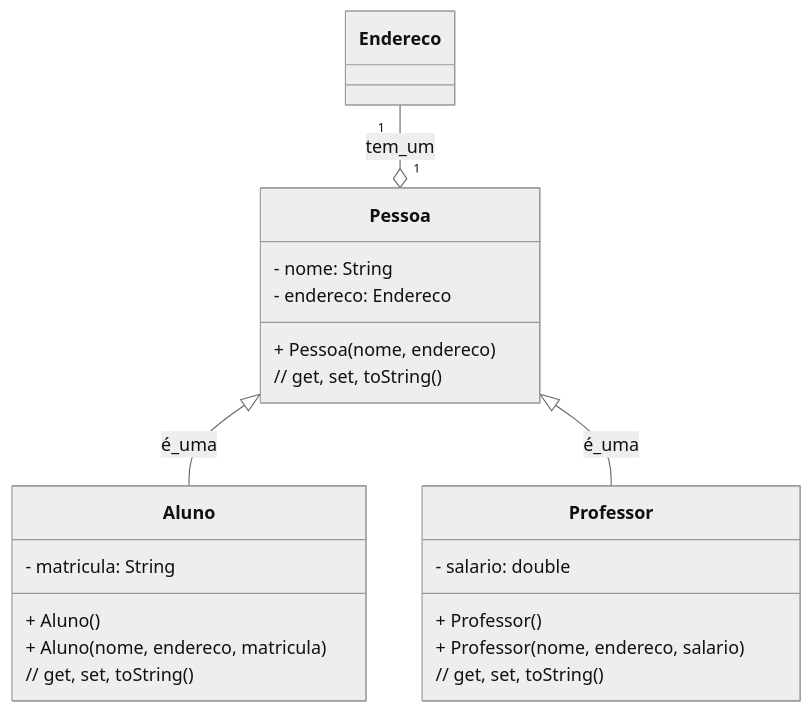
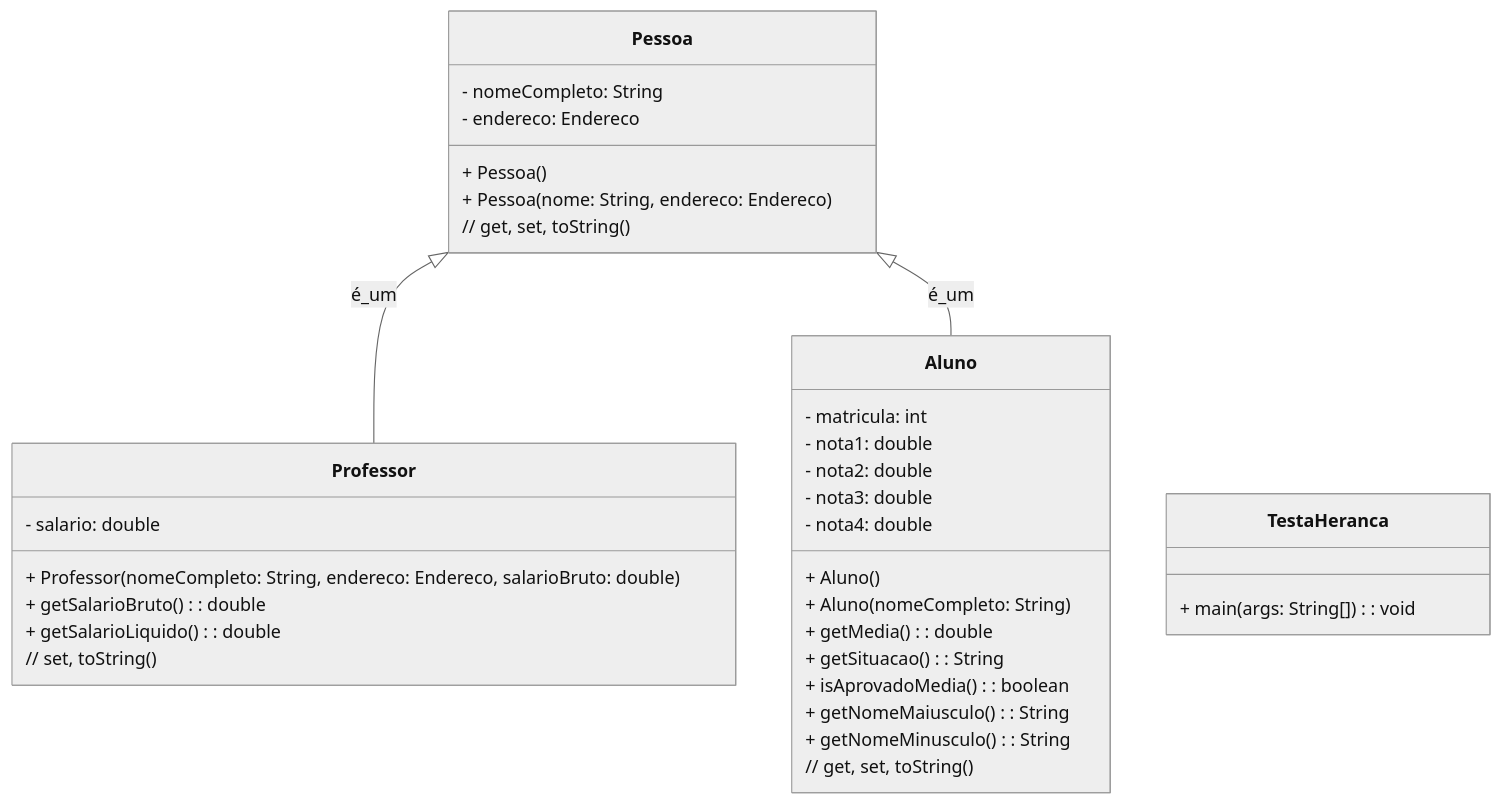
The first of 2 diagrams in unidade3/aula10.md (ap3ufersa/ap3_2026.1_xicoArruda), drawn with Mermaid (neutral theme) before and after one commit. The commit also changed other lines of this file and 4 other files, not shown here.

First line of the commit message:
Rename nome to nomeCompleto and update examples

````diff
--- a/unidade3/aula10.md
+++ b/unidade3/aula10.md
@@ -26,29 +26,43 @@
 ```mermaid
 classDiagram
 direction BT
 
 class Pessoa {
-    - nome: String
+    - nomeCompleto: String
     - endereco: Endereco
-    + Pessoa(nome, endereco)
-    // get, set, toString()
-}
-
-class Aluno {
-    - matricula: String
-    + Aluno()
-    + Aluno(nome, endereco, matricula)
+    + Pessoa()
+    + Pessoa(nome: String, endereco: Endereco)
     // get, set, toString()
 }
 
 class Professor {
     - salario: double
-    + Professor()
-    + Professor(nome, endereco, salario)
+    + Professor(nomeCompleto: String, endereco: Endereco, salarioBruto: double)
+    + getSalarioBruto(): double
+    + getSalarioLiquido(): double
+    // set, toString()
+}
+
+class Aluno {
+    - matricula: int
+    - nota1: double
+    - nota2: double
+    - nota3: double
+    - nota4: double
+    + Aluno()
+    + Aluno(nomeCompleto: String)
+    + getMedia(): double
+    + getSituacao(): String
+    + isAprovadoMedia(): boolean
+    + getNomeMaiusculo(): String
+    + getNomeMinusculo(): String
     // get, set, toString()
 }
 
-Aluno --|> Pessoa : é_uma
-Professor --|> Pessoa : é_uma
-Pessoa "1" o-- "1" Endereco : tem_um
+class TestaHeranca {
+    + main(args: String[]): void
+}
+
+Professor --|> Pessoa : é_um
+Aluno --|> Pessoa : é_um
 ```
````
